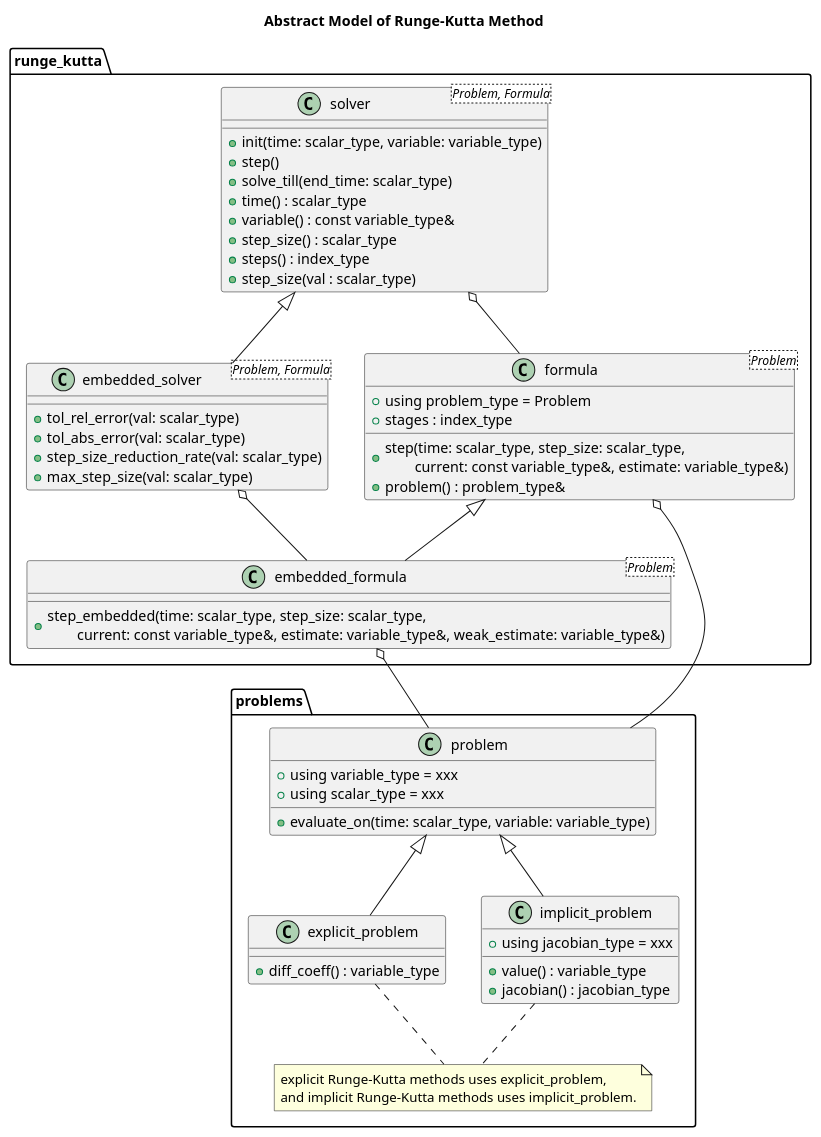
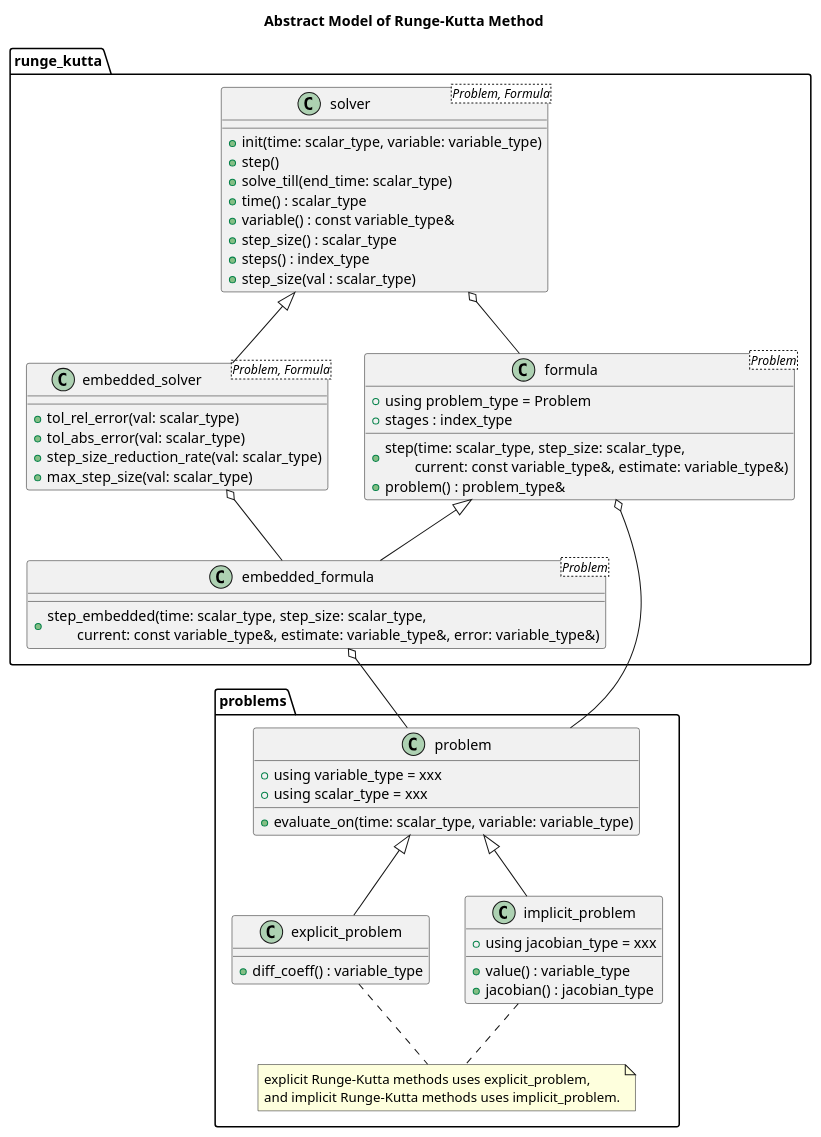
The diagram in doc/sphinx/src/basic_design/ode.rst (MusicScience37/numerical-collection-cpp), drawn with PlantUML before and after one commit. The commit also changed 3 other files, not shown here.

```diff
--- a/doc/sphinx/src/basic_design/ode.rst
+++ b/doc/sphinx/src/basic_design/ode.rst
@@ -16,67 +16,67 @@
 .. uml::
 
     title Abstract Model of Runge-Kutta Method
 
     package problems {
         class problem {
             + using variable_type = xxx
             + using scalar_type = xxx
             + evaluate_on(time: scalar_type, variable: variable_type)
         }
 
         class explicit_problem {
             + diff_coeff() : variable_type
         }
         problem <|-- explicit_problem
 
         class implicit_problem {
             + using jacobian_type = xxx
             + value() : variable_type
             + jacobian() : jacobian_type
         }
         problem <|-- implicit_problem
 
         note as problem_type_note
             explicit Runge-Kutta methods uses explicit_problem,
             and implicit Runge-Kutta methods uses implicit_problem.
         end note
         explicit_problem .. problem_type_note
         implicit_problem .. problem_type_note
     }
 
     package runge_kutta {
         class formula<Problem> {
             + using problem_type = Problem
             + stages : index_type
             + step(time: scalar_type, step_size: scalar_type,\n\tcurrent: const variable_type&, estimate: variable_type&)
             + problem() : problem_type&
         }
         formula o-- problem
 
         class embedded_formula<Problem> {
-            + step_embedded(time: scalar_type, step_size: scalar_type,\n\tcurrent: const variable_type&, estimate: variable_type&, weak_estimate: variable_type&)
+            + step_embedded(time: scalar_type, step_size: scalar_type,\n\tcurrent: const variable_type&, estimate: variable_type&, error: variable_type&)
         }
         formula <|-- embedded_formula
         embedded_formula o-- problem
 
         class solver<Problem, Formula> {
             + init(time: scalar_type, variable: variable_type)
             + step()
             + solve_till(end_time: scalar_type)
             + time() : scalar_type
             + variable() : const variable_type&
             + step_size() : scalar_type
             + steps() : index_type
             + step_size(val : scalar_type)
         }
         solver o-- formula
 
         class embedded_solver<Problem, Formula> {
             + tol_rel_error(val: scalar_type)
             + tol_abs_error(val: scalar_type)
             + step_size_reduction_rate(val: scalar_type)
             + max_step_size(val: scalar_type)
         }
         solver <|-- embedded_solver
         embedded_solver o-- embedded_formula
     }
```
